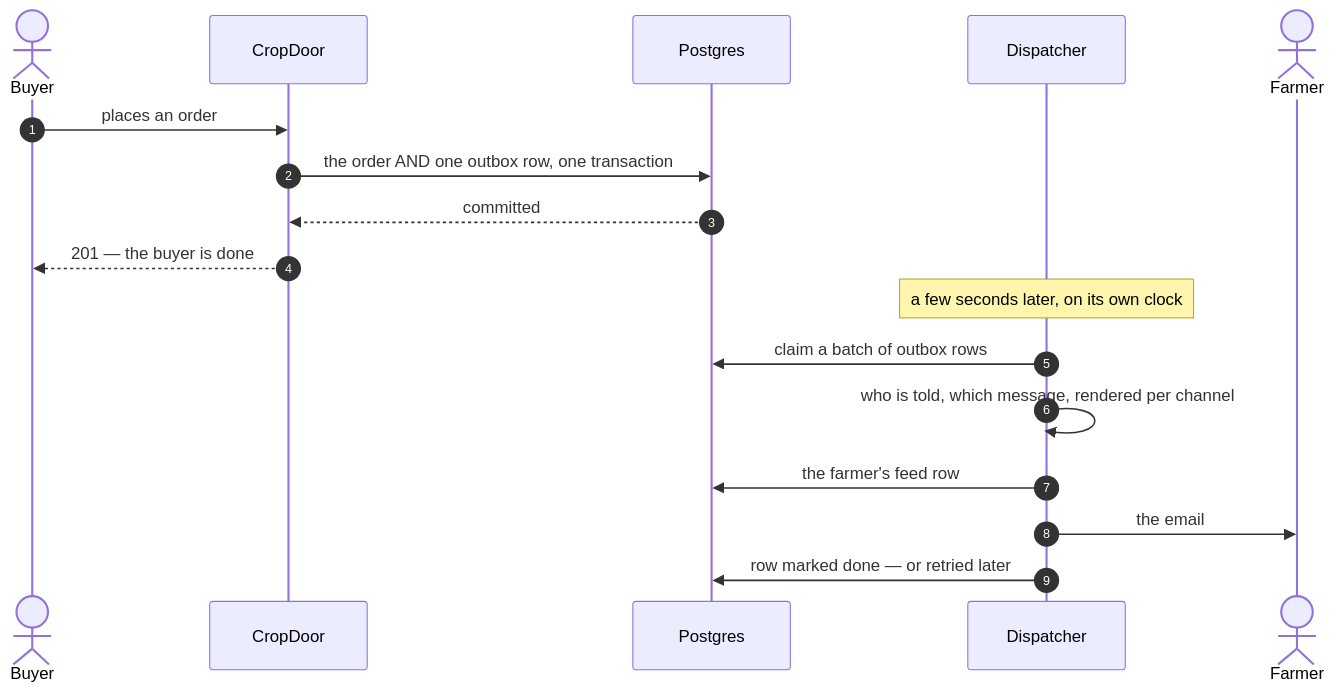
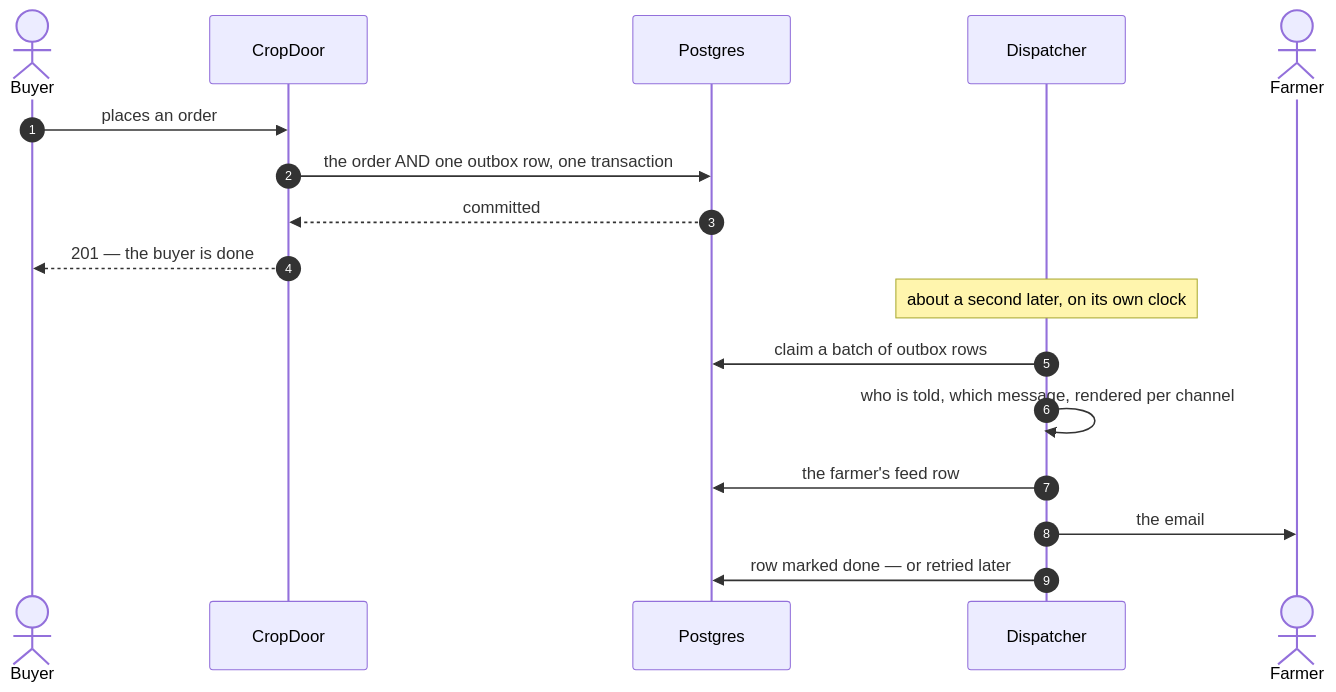
Before and after one commit to cropdoor/cropdoor-almanac: the diagram in docs/notifications/how-a-message-gets-out.md, drawn with Mermaid. The commit also changed other lines of this file, not shown here.

Commit message:
docs(notifications): the dispatcher polls every second, not every few

````diff
--- a/docs/notifications/how-a-message-gets-out.md
+++ b/docs/notifications/how-a-message-gets-out.md
@@ -135,20 +135,20 @@
 ```mermaid
 sequenceDiagram
     autonumber
     actor B as Buyer
     participant CD as CropDoor
     participant DB as Postgres
     participant W as Dispatcher
     actor F as Farmer
 
     B->>CD: places an order
     CD->>DB: the order AND one outbox row, one transaction
     DB-->>CD: committed
     CD-->>B: 201 — the buyer is done
-    Note over W: a few seconds later, on its own clock
+    Note over W: about a second later, on its own clock
     W->>DB: claim a batch of outbox rows
     W->>W: who is told, which message, rendered per channel
     W->>DB: the farmer's feed row
     W->>F: the email
     W->>DB: row marked done — or retried later
 ```
````
